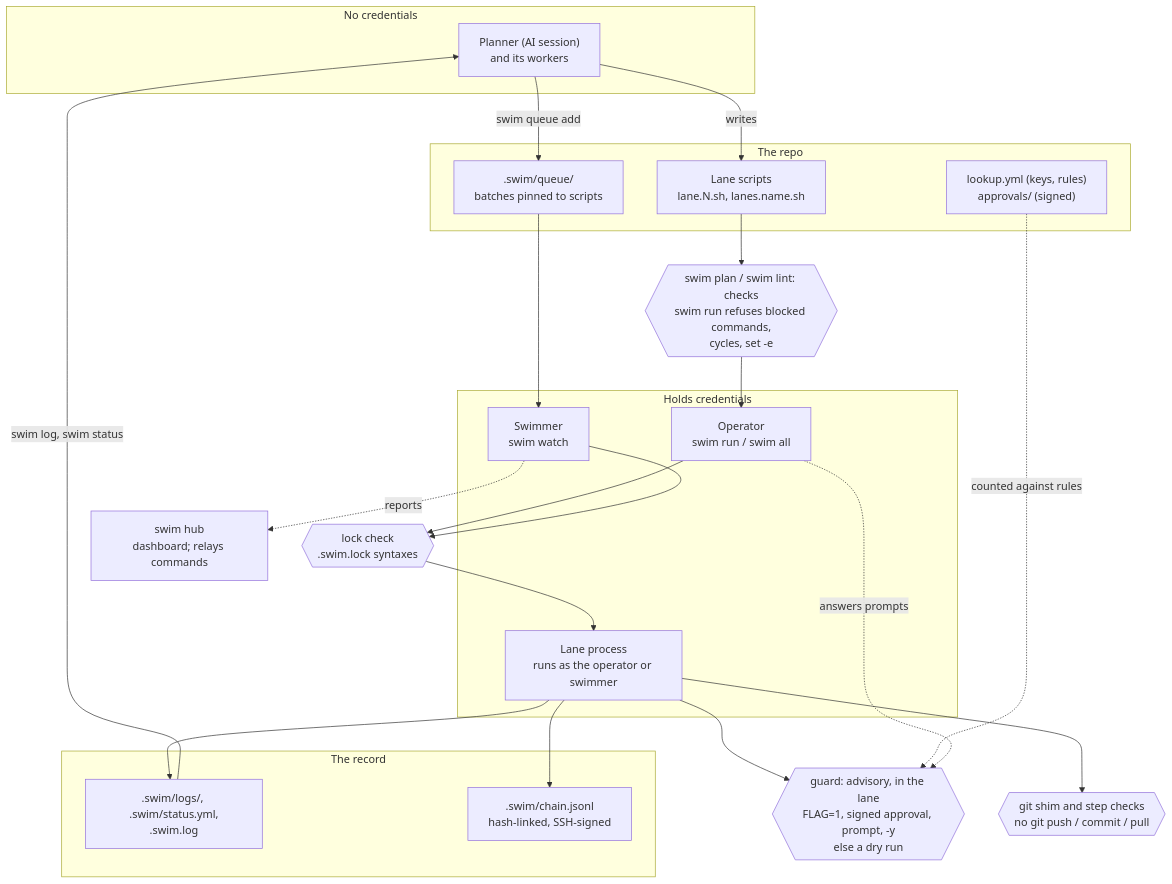
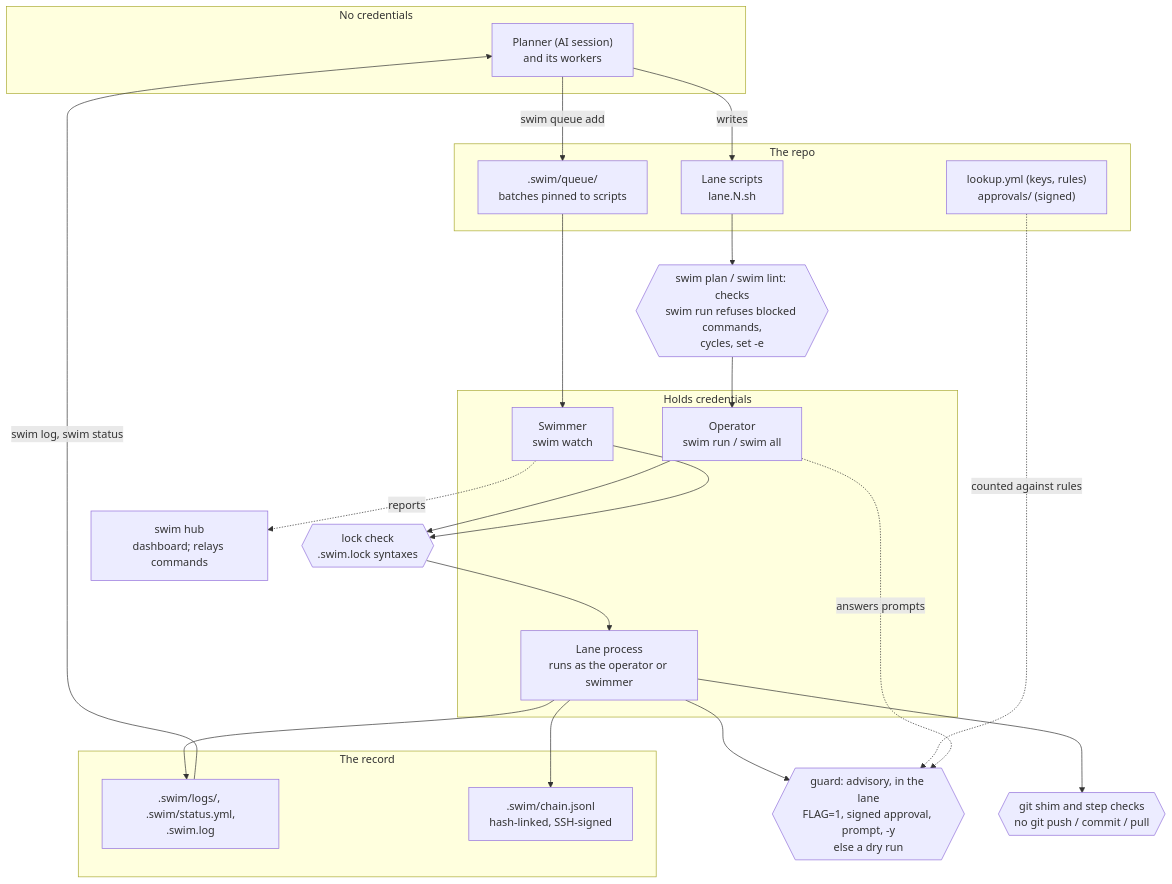
The diagram in README.md (gates-brightly/swimlane), drawn with Mermaid before and after one commit. The commit also changed other lines of this file and 229 other files, not shown here.

````diff
--- a/README.md
+++ b/README.md
@@ -199,38 +209,38 @@
 ```mermaid
 flowchart TD
   subgraph nocreds["No credentials"]
     P["Planner (AI session)<br/>and its workers"]
   end
   subgraph repo["The repo"]
-    L["Lane scripts<br/>lane.N.sh, lanes.name.sh"]
+    L["Lane scripts<br/>lane.N.sh"]
     K["lookup.yml (keys, rules)<br/>approvals/ (signed)"]
     Q[".swim/queue/<br/>batches pinned to scripts"]
   end
   subgraph creds["Holds credentials"]
     O["Operator<br/>swim run / swim all"]
     W["Swimmer<br/>swim watch"]
     X["Lane process<br/>runs as the operator or swimmer"]
   end
   subgraph record["The record"]
     S[".swim/logs/, .swim/status.yml,<br/>.swim.log"]
     C[".swim/chain.jsonl<br/>hash-linked, SSH-signed"]
   end
   H["swim hub<br/>dashboard; relays commands"]
 
   P -->|writes| L
   P -->|swim queue add| Q
   L --> PL{{"swim plan / swim lint: checks<br/>swim run refuses blocked commands,<br/>cycles, set -e"}}
   PL --> O
   Q --> W
   O --> LK{{"lock check<br/>.swim.lock syntaxes"}}
   W --> LK
   LK --> X
   X --> G{{"guard: advisory, in the lane<br/>FLAG=1, signed approval, prompt, -y<br/>else a dry run"}}
   K -.->|counted against rules| G
   O -.->|answers prompts| G
   X --> SH{{"git shim and step checks<br/>no git push / commit / pull"}}
   X --> S
   X --> C
   S -->|swim log, swim status| P
   W -.->|reports| H
 ```
````
